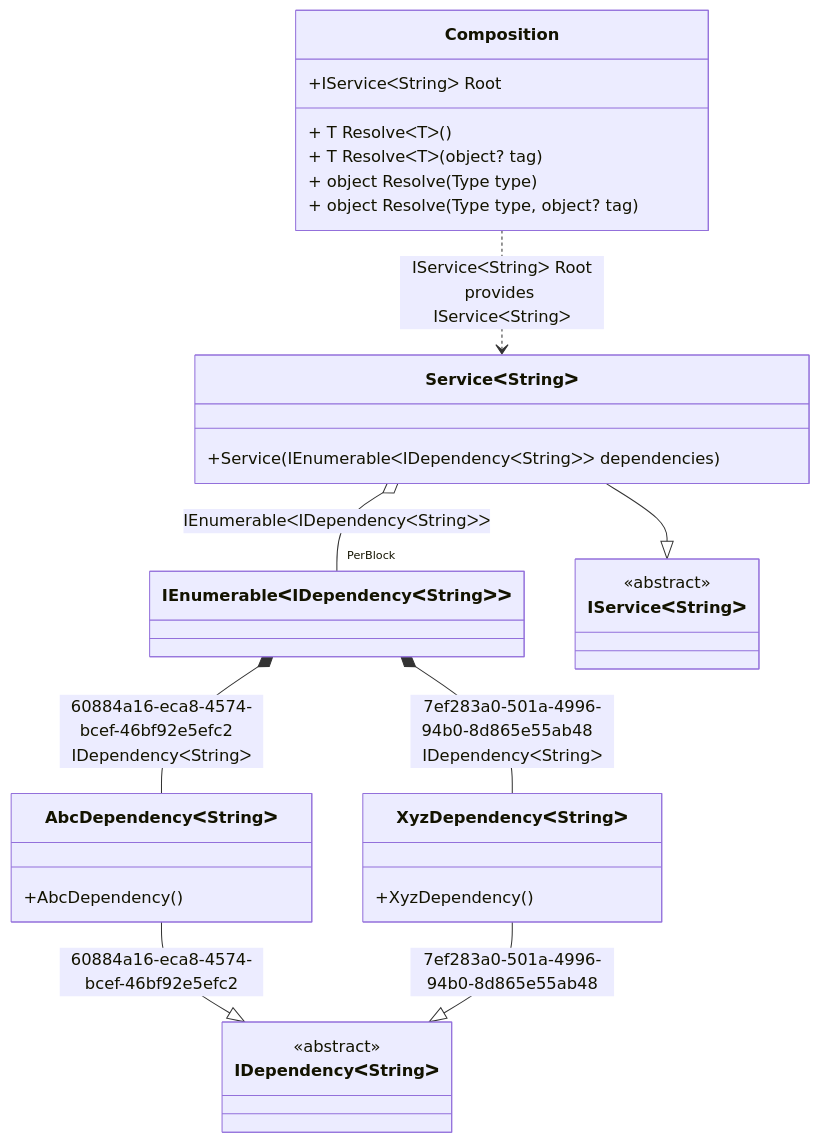
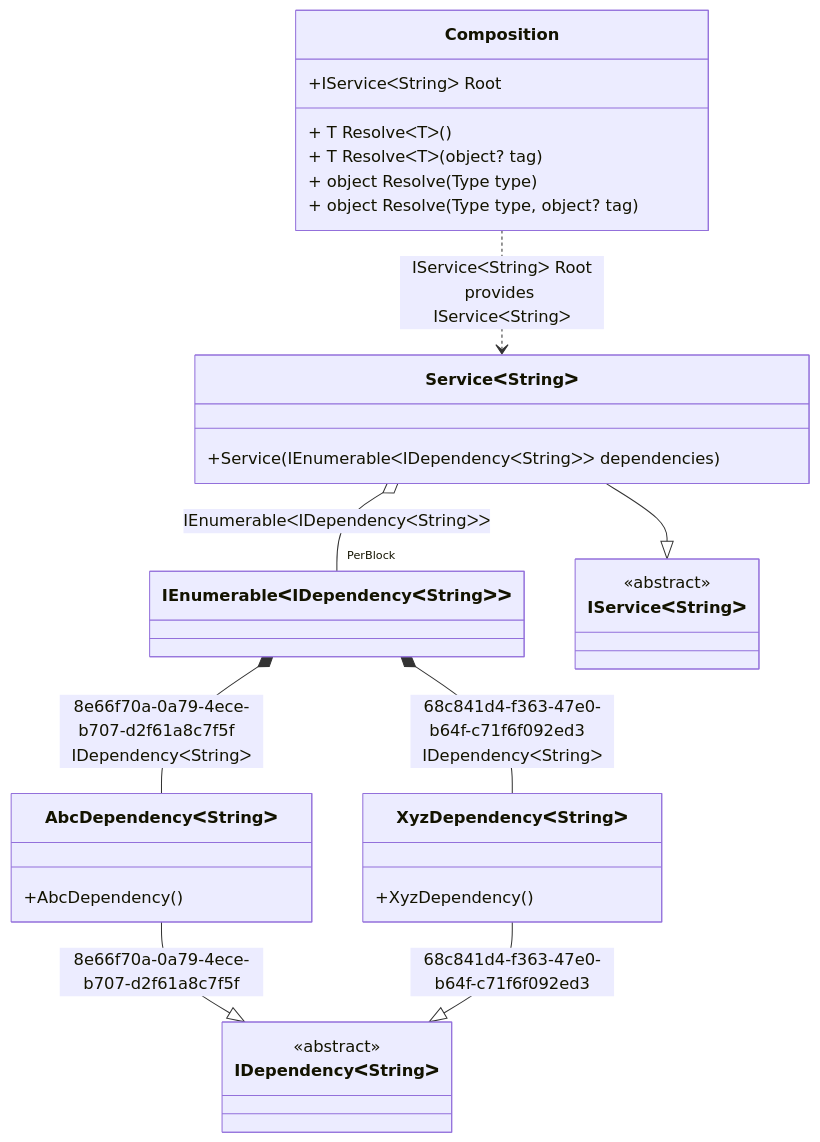
One commit to DevTeam/Pure.DI changed the diagram in readme/tag-unique.md. Above: the diagram before and after it, drawn with Mermaid. The commit also changed other lines of this file and 12 other files, not shown here.

````diff
--- a/readme/tag-unique.md
+++ b/readme/tag-unique.md
@@ -39,33 +39,33 @@
 ```mermaid
 classDiagram
   class Composition {
     +IServiceᐸStringᐳ Root
     + T ResolveᐸTᐳ()
     + T ResolveᐸTᐳ(object? tag)
     + object Resolve(Type type)
     + object Resolve(Type type, object? tag)
   }
   class IEnumerableᐸIDependencyᐸStringᐳᐳ
-  AbcDependencyᐸStringᐳ --|> IDependencyᐸStringᐳ : 60884a16-eca8-4574-bcef-46bf92e5efc2 
+  AbcDependencyᐸStringᐳ --|> IDependencyᐸStringᐳ : 8e66f70a-0a79-4ece-b707-d2f61a8c7f5f 
   class AbcDependencyᐸStringᐳ {
     +AbcDependency()
   }
-  XyzDependencyᐸStringᐳ --|> IDependencyᐸStringᐳ : 7ef283a0-501a-4996-94b0-8d865e55ab48 
+  XyzDependencyᐸStringᐳ --|> IDependencyᐸStringᐳ : 68c841d4-f363-47e0-b64f-c71f6f092ed3 
   class XyzDependencyᐸStringᐳ {
     +XyzDependency()
   }
   ServiceᐸStringᐳ --|> IServiceᐸStringᐳ : 
   class ServiceᐸStringᐳ {
     +Service(IEnumerableᐸIDependencyᐸStringᐳᐳ dependencies)
   }
   class IDependencyᐸStringᐳ {
     <<abstract>>
   }
   class IServiceᐸStringᐳ {
     <<abstract>>
   }
-  IEnumerableᐸIDependencyᐸStringᐳᐳ *--  AbcDependencyᐸStringᐳ : 60884a16-eca8-4574-bcef-46bf92e5efc2  IDependencyᐸStringᐳ
-  IEnumerableᐸIDependencyᐸStringᐳᐳ *--  XyzDependencyᐸStringᐳ : 7ef283a0-501a-4996-94b0-8d865e55ab48  IDependencyᐸStringᐳ
+  IEnumerableᐸIDependencyᐸStringᐳᐳ *--  AbcDependencyᐸStringᐳ : 8e66f70a-0a79-4ece-b707-d2f61a8c7f5f  IDependencyᐸStringᐳ
+  IEnumerableᐸIDependencyᐸStringᐳᐳ *--  XyzDependencyᐸStringᐳ : 68c841d4-f363-47e0-b64f-c71f6f092ed3  IDependencyᐸStringᐳ
   Composition ..> ServiceᐸStringᐳ : IServiceᐸStringᐳ Root<br/>provides IServiceᐸStringᐳ
   ServiceᐸStringᐳ o--  "PerBlock" IEnumerableᐸIDependencyᐸStringᐳᐳ : IEnumerableᐸIDependencyᐸStringᐳᐳ
 ```
````
